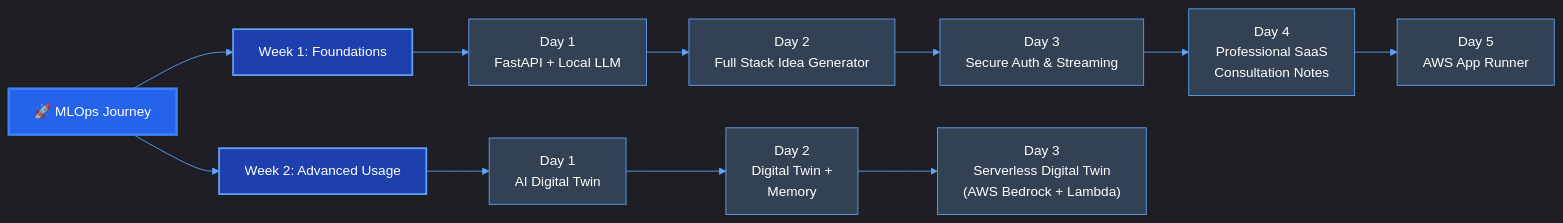
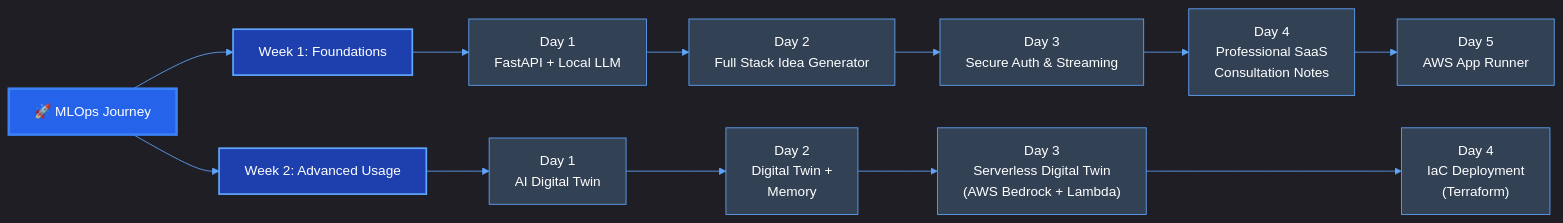
One commit to baloglu321/mlops-journey changed the first of 2 diagrams in README.md. Above: the diagram before and after it, drawn with Mermaid. The commit also changed other lines of this file and 1 other file, not shown here.

````diff
--- a/README.md
+++ b/README.md
@@ -13,26 +13,28 @@
 ```mermaid
 %%{init: {'theme': 'dark', 'themeVariables': { 'primaryColor': '#2563eb', 'primaryTextColor': '#fff', 'primaryBorderColor': '#3b82f6', 'lineColor': '#60a5fa', 'secondaryColor': '#1e40af', 'tertiaryColor': '#1e3a8a'}}}%%
 graph LR
     A[🚀 MLOps Journey] --> B[Week 1: Foundations]
     B --> C[Day 1<br/>FastAPI + Local LLM]
     C --> D[Day 2<br/>Full Stack Idea Generator]
     D --> E[Day 3<br/>Secure Auth & Streaming]
     E --> F[Day 4<br/>Professional SaaS<br/>Consultation Notes]
     F --> G[Day 5<br/>AWS App Runner]
     A --> H[Week 2: Advanced Usage]
     H --> I[Day 1<br/>AI Digital Twin]
     I --> J[Day 2<br/>Digital Twin +<br/>Memory]
     J --> K["Day 3<br/>Serverless Digital Twin<br/>(AWS Bedrock + Lambda)"]
+    K ---> L["Day 4<br/>IaC Deployment<br/>(Terraform)"]
     
     style A fill:#2563eb,stroke:#3b82f6,stroke-width:3px,color:#fff
     style B fill:#1e40af,stroke:#60a5fa,stroke-width:2px,color:#fff
     style C fill:#334155,stroke:#60a5fa,color:#fff
     style D fill:#334155,stroke:#60a5fa,color:#fff
     style E fill:#334155,stroke:#60a5fa,color:#fff
     style F fill:#334155,stroke:#60a5fa,color:#fff
     style G fill:#334155,stroke:#60a5fa,color:#fff
     style H fill:#1e40af,stroke:#60a5fa,stroke-width:2px,color:#fff
     style I fill:#334155,stroke:#60a5fa,color:#fff
     style J fill:#334155,stroke:#60a5fa,color:#fff
     style K fill:#334155,stroke:#60a5fa,color:#fff
+    style L fill:#334155,stroke:#60a5fa,color:#fff
 ```
````
